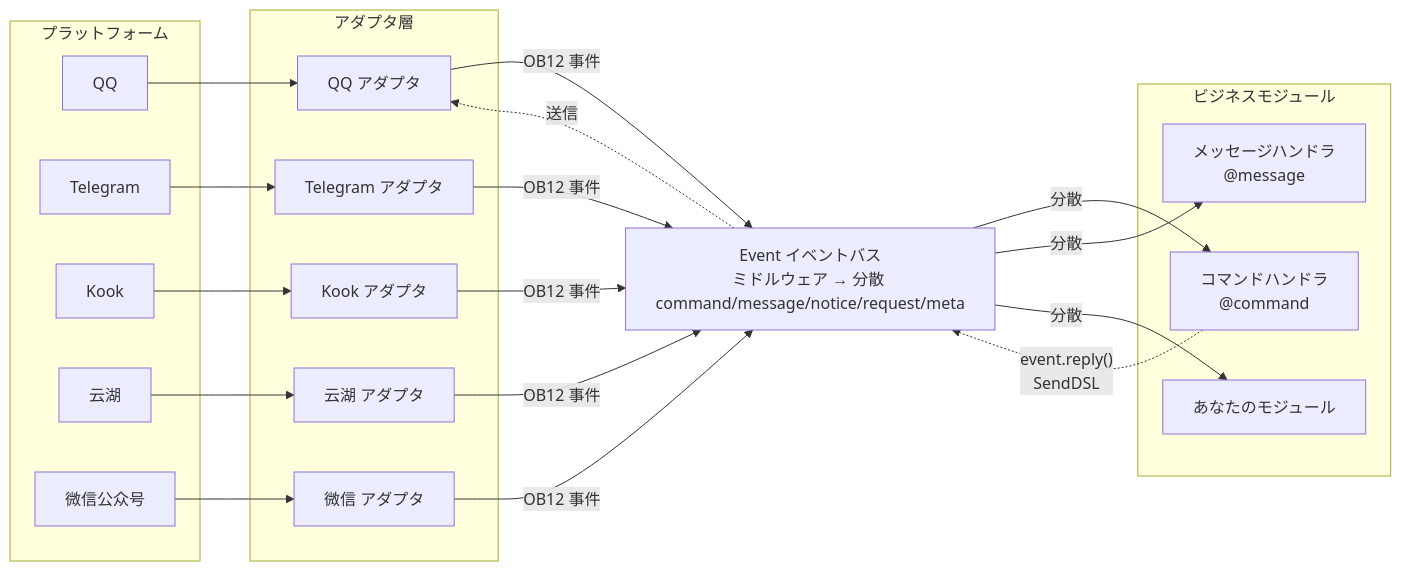
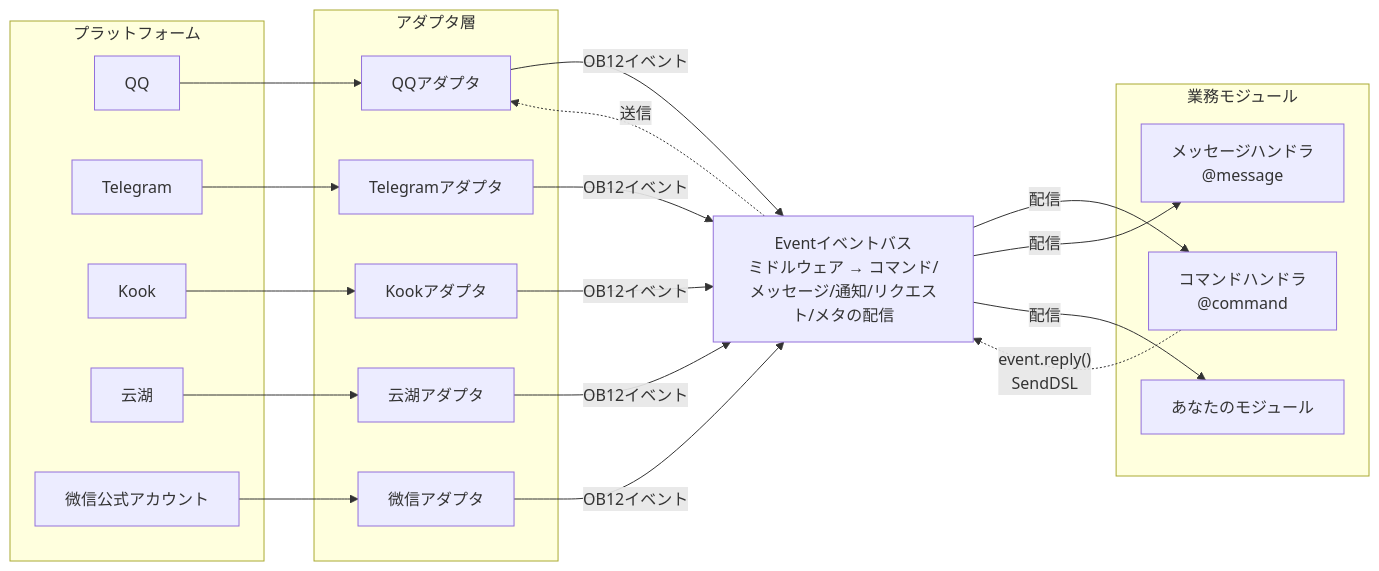
The first of 2 diagrams in README.ja.md (ErisPulse/ErisPulse), drawn with Mermaid before and after one commit. The commit also changed other lines of this file and 31 other files, not shown here.

````diff
--- a/README.ja.md
+++ b/README.ja.md
@@ -152,45 +111,45 @@
 ```mermaid
 graph LR
     subgraph Platforms[プラットフォーム]
         QQ["QQ"]
         TG["Telegram"]
         Kook["Kook"]
         YH["云湖"]
-        WX["微信公众号"]
+        WX["微信公式アカウント"]
     end
 
     subgraph Adapters[アダプタ層]
-        A1["QQ アダプタ"]
-        A2["Telegram アダプタ"]
-        A3["Kook アダプタ"]
-        A4["云湖 アダプタ"]
-        A5["微信 アダプタ"]
+        A1["QQアダプタ"]
+        A2["Telegramアダプタ"]
+        A3["Kookアダプタ"]
+        A4["云湖アダプタ"]
+        A5["微信アダプタ"]
     end
 
-    Event["Event イベントバス<br/>ミドルウェア → 分散 command/message/notice/request/meta"]
+    Event["Eventイベントバス<br/>ミドルウェア → コマンド/メッセージ/通知/リクエスト/メタの配信"]
 
-    subgraph Modules[ビジネスモジュール]
+    subgraph Modules[業務モジュール]
         M1["コマンドハンドラ<br/>@command"]
         M2["メッセージハンドラ<br/>@message"]
         M3["あなたのモジュール"]
     end
 
     QQ --> A1
     TG --> A2
     Kook --> A3
     YH --> A4
     WX --> A5
 
-    A1 -->|"OB12 事件"| Event
-    A2 -->|"OB12 事件"| Event
-    A3 -->|"OB12 事件"| Event
-    A4 -->|"OB12 事件"| Event
-    A5 -->|"OB12 事件"| Event
+    A1 -->|"OB12イベント"| Event
+    A2 -->|"OB12イベント"| Event
+    A3 -->|"OB12イベント"| Event
+    A4 -->|"OB12イベント"| Event
+    A5 -->|"OB12イベント"| Event
 
-    Event -->|"分散"| M1
-    Event -->|"分散"| M2
-    Event -->|"分散"| M3
+    Event -->|"配信"| M1
+    Event -->|"配信"| M2
+    Event -->|"配信"| M3
 
     M1 -.->|"event.reply()<br/>SendDSL"| Event
     Event -.->|"送信"| A1
 ```
````
